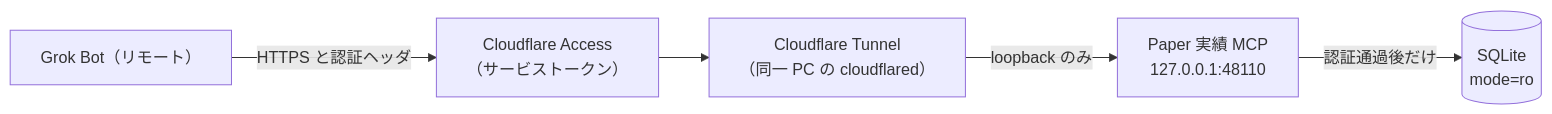
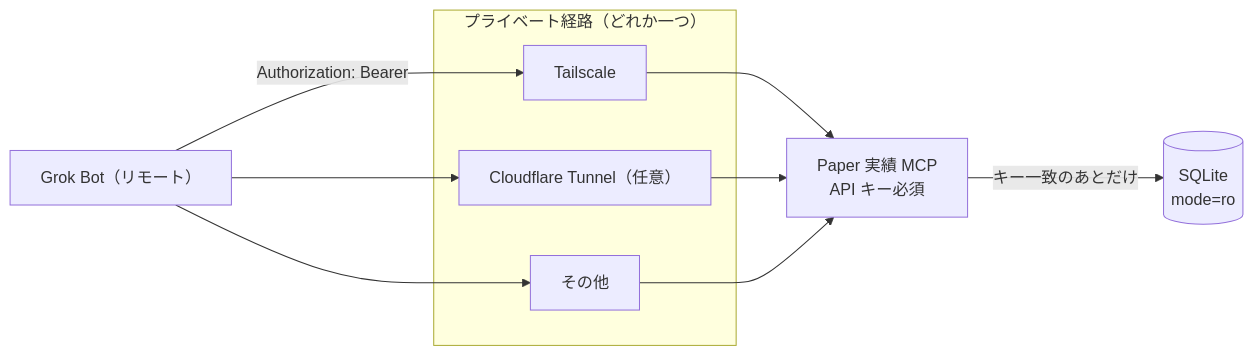
The diagram in docs/architecture/paper-results-mcp.md (ousiassllc/pitha-trador), drawn with Mermaid before and after one commit. The commit also changed other lines of this file and 9 other files, not shown here.

````diff
--- a/docs/architecture/paper-results-mcp.md
+++ b/docs/architecture/paper-results-mcp.md
@@ -11,12 +11,18 @@
 ```mermaid
 flowchart LR
     Grok["Grok Bot（リモート）"]
-    Access["Cloudflare Access\n（サービストークン）"]
-    Tunnel["Cloudflare Tunnel\n（同一 PC の cloudflared）"]
-    MCP["Paper 実績 MCP\n127.0.0.1:48110"]
+    subgraph path["プライベート経路（どれか一つ）"]
+        TS["Tailscale"]
+        CF["Cloudflare Tunnel（任意）"]
+        OT["その他"]
+    end
+    MCP["Paper 実績 MCP\nAPI キー必須"]
     DB[("SQLite\nmode=ro")]
-    Grok -->|"HTTPS と認証ヘッダ"| Access
-    Access --> Tunnel
-    Tunnel -->|"loopback のみ"| MCP
-    MCP -->|"認証通過後だけ"| DB
+    Grok -->|"Authorization: Bearer"| TS
+    Grok --> CF
+    Grok --> OT
+    TS --> MCP
+    CF --> MCP
+    OT --> MCP
+    MCP -->|"キー一致のあとだけ"| DB
 ```
````
